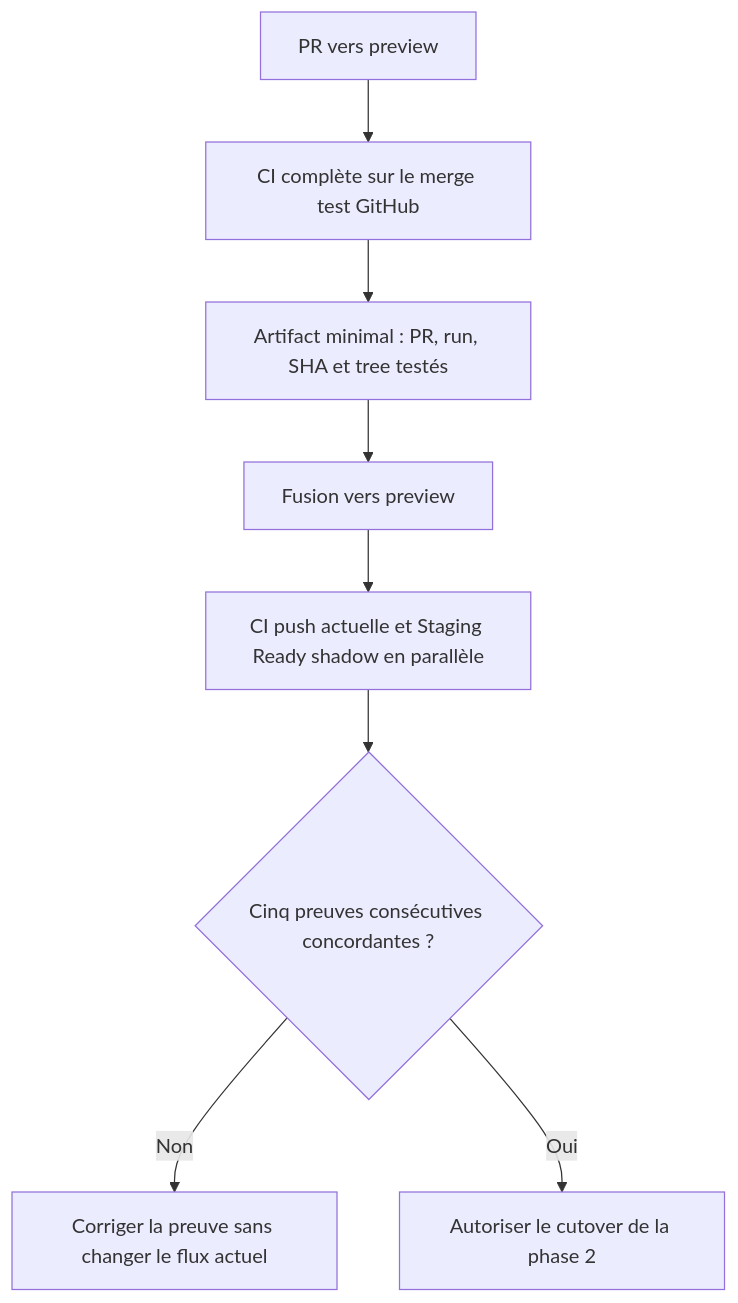
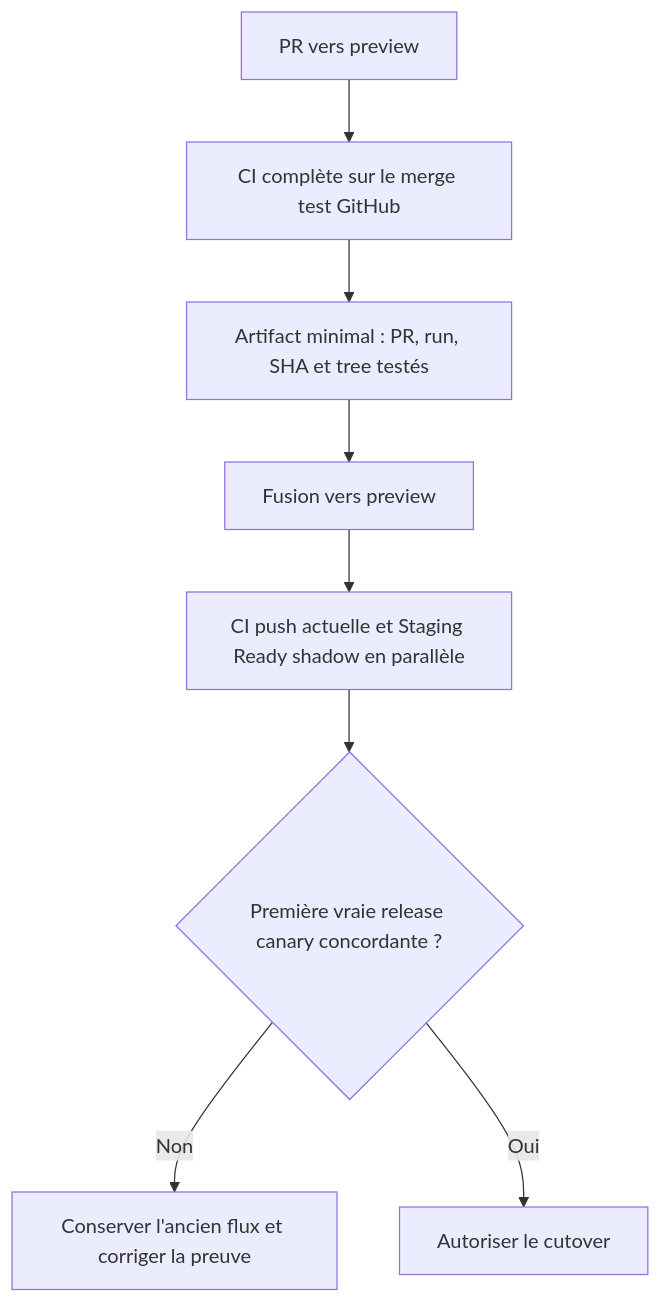
The first of 2 diagrams in aidd_docs/tasks/2026_08/2026_08_16_protected-release-promotion/phase-1.md (neogenz/pulpe), drawn with Mermaid before and after one commit. The commit also changed other lines of this file and 1 other file, not shown here.

Commit message:
docs(release): use one real canary

````diff
--- a/aidd_docs/tasks/2026_08/2026_08_16_protected-release-promotion/phase-1.md
+++ b/aidd_docs/tasks/2026_08/2026_08_16_protected-release-promotion/phase-1.md
@@ -22,10 +22,10 @@
 ```mermaid
 flowchart TD
   A["PR vers preview"] --> B["CI complète sur le merge test GitHub"]
   B --> C["Artifact minimal : PR, run, SHA et tree testés"]
   C --> D["Fusion vers preview"]
   D --> E["CI push actuelle et Staging Ready shadow en parallèle"]
-  E --> F{"Cinq preuves consécutives concordantes ?"}
-  F -->|Non| G["Corriger la preuve sans changer le flux actuel"]
-  F -->|Oui| H["Autoriser le cutover de la phase 2"]
+  E --> F{"Première vraie release canary concordante ?"}
+  F -->|Non| G["Conserver l'ancien flux et corriger la preuve"]
+  F -->|Oui| H["Autoriser le cutover"]
 ```
````
